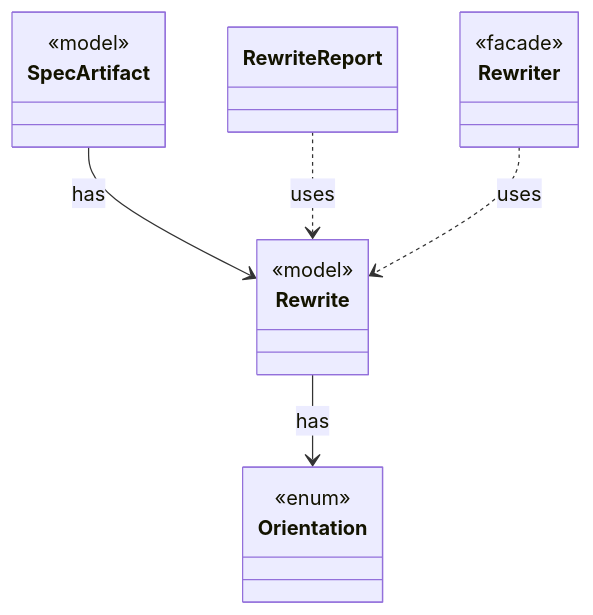
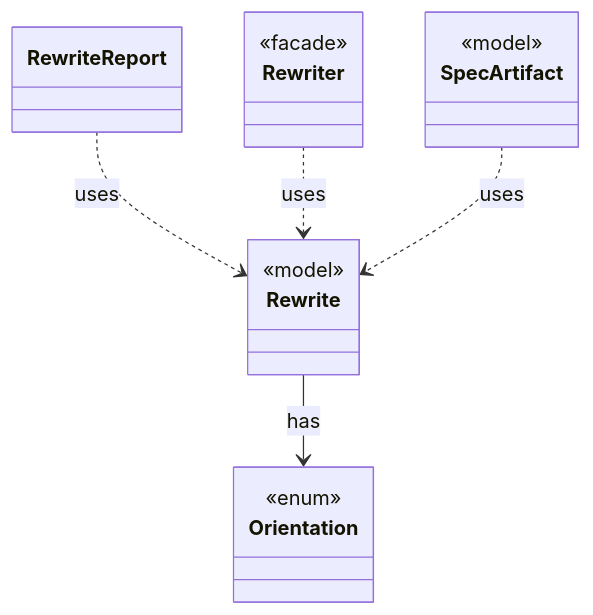
Before and after one commit to tlaplus/model-checker-hardening: the diagram in dev/types/io.github.tlaplus.hardening.gen.rewrite.Rewrite.md, drawn with Mermaid. The commit also changed other lines of this file and 401 other files, not shown here.

````diff
--- a/dev/types/io.github.tlaplus.hardening.gen.rewrite.Rewrite.md
+++ b/dev/types/io.github.tlaplus.hardening.gen.rewrite.Rewrite.md
@@ -7,20 +7,20 @@
 ```mermaid
 classDiagram
   class Rewrite {
     <<model>>
   }
   class Orientation {
     <<enum>>
   }
-  class SpecArtifact {
-    <<model>>
-  }
   class RewriteReport
   class Rewriter {
     <<facade>>
   }
+  class SpecArtifact {
+    <<model>>
+  }
   Rewrite --> Orientation : has
-  SpecArtifact --> Rewrite : has
   RewriteReport ..> Rewrite : uses
   Rewriter ..> Rewrite : uses
+  SpecArtifact ..> Rewrite : uses
 ```
````
